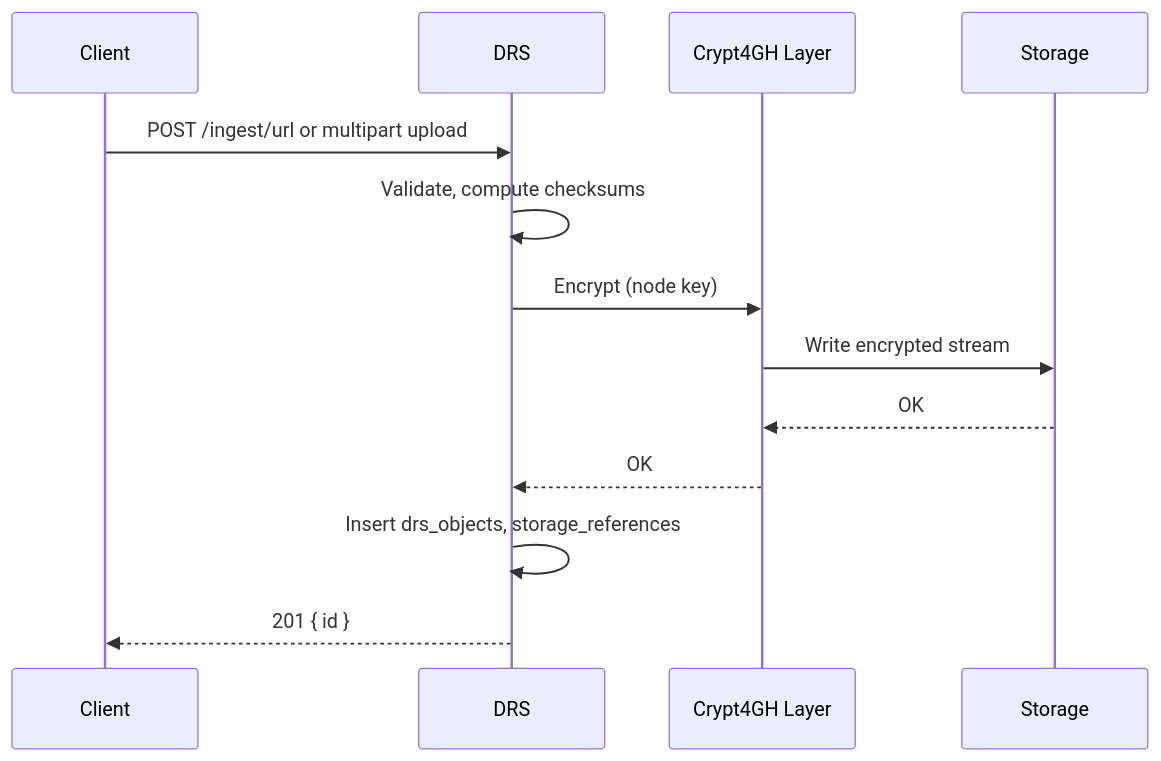
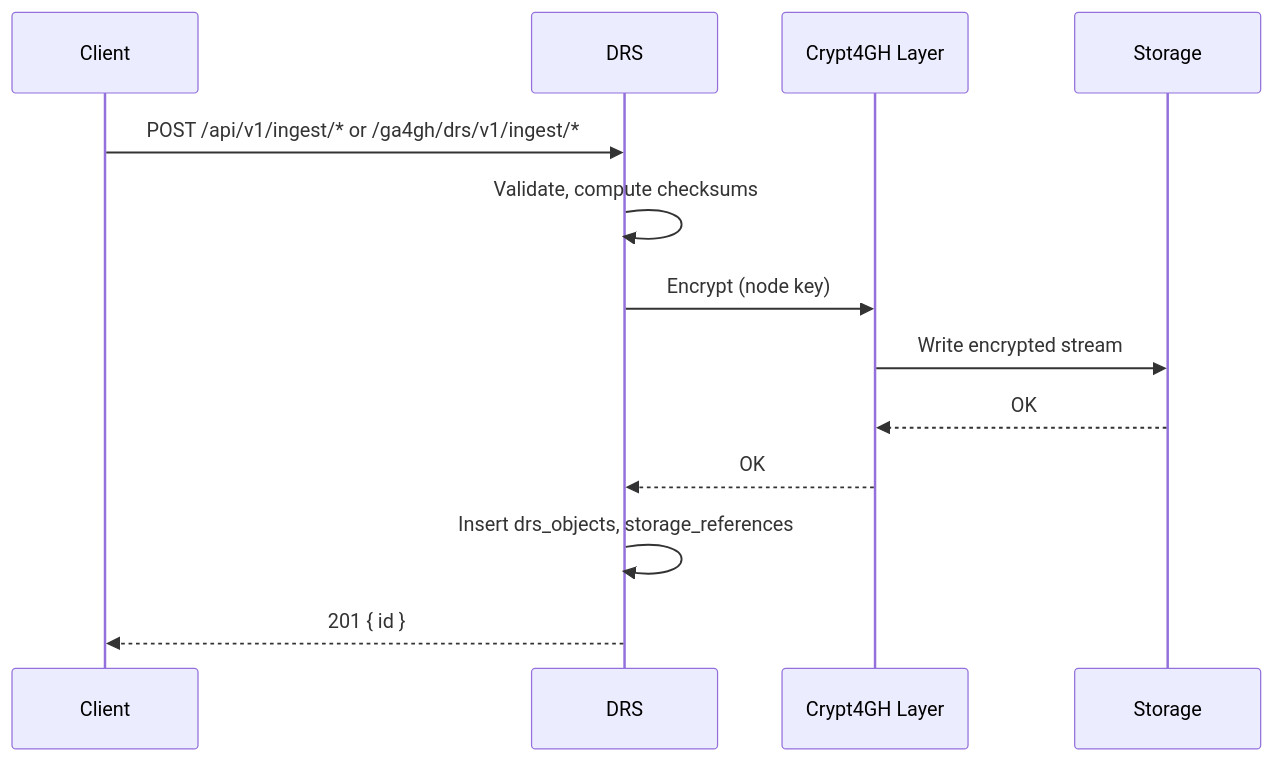
Before and after one commit to SynapticFour/Ferrum: the second of 12 diagrams in docs/ARCHITECTURE.md, drawn with Mermaid. The commit also changed other lines of this file and 64 other files, not shown here.

First line of the commit message:
feat(ingest): Lab Kit /api/v1/ingest, UI upload, docs, tests

````diff
--- a/docs/ARCHITECTURE.md
+++ b/docs/ARCHITECTURE.md
@@ -143,16 +145,16 @@
 ```mermaid
 sequenceDiagram
   participant Client
   participant DRS
   participant Crypt4GH as Crypt4GH Layer
   participant Storage
 
-  Client->>DRS: POST /ingest/url or multipart upload
+  Client->>DRS: POST /api/v1/ingest/* or /ga4gh/drs/v1/ingest/*
   DRS->>DRS: Validate, compute checksums
   DRS->>Crypt4GH: Encrypt (node key)
   Crypt4GH->>Storage: Write encrypted stream
   Storage-->>Crypt4GH: OK
   Crypt4GH-->>DRS: OK
   DRS->>DRS: Insert drs_objects, storage_references
   DRS-->>Client: 201 { id }
 ```
````
